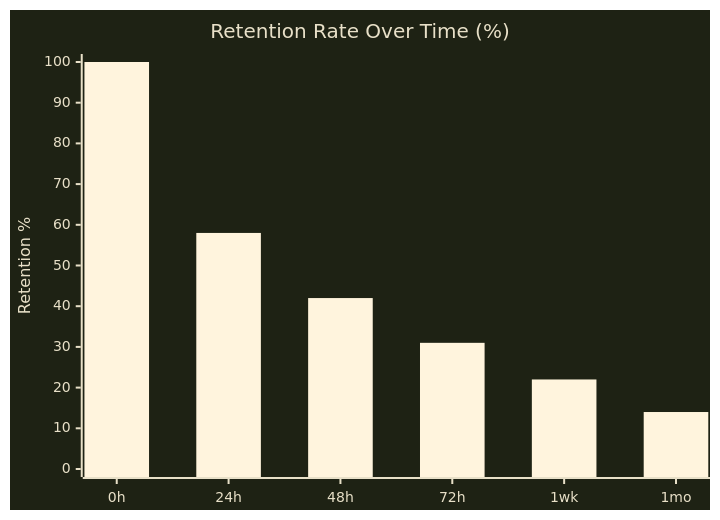
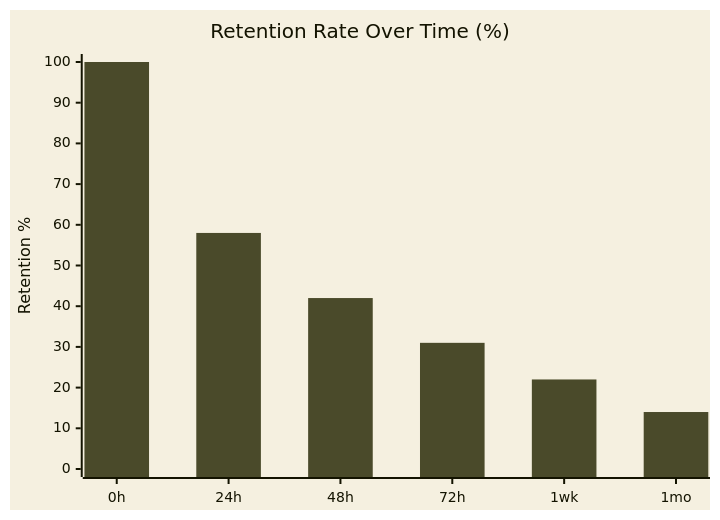
The third of 3 diagrams in example.md (pjdoland/slidev-theme-field-manual), drawn with Mermaid before and after one commit. The commit also changed other lines of this file and 33 other files, not shown here.

First line of the commit message:
rename FM 21→24; restore light mermaid palette; cover/section polish; update README

````diff
--- a/example.md
+++ b/example.md
@@ -874,8 +901,8 @@
 ```mermaid
-%%{init: {'theme': 'base', 'xyChart': {'useMaxWidth': true, 'backgroundColor': '#1e2214', 'plotColorPalette': '#8a7a50'}, 'themeVariables': {'primaryTextColor': '#e8e0c8', 'background': '#1e2214'}}}%%
+%%{init: {'theme': 'base', 'xyChart': {'useMaxWidth': true, 'backgroundColor': '#f5f0e0', 'plotColorPalette': '#4a4a2a'}, 'themeVariables': {'xyChart': {'backgroundColor': '#f5f0e0', 'plotColorPalette': '#4a4a2a'}}}}%%
 xychart-beta
     title "Retention Rate Over Time (%)"
     x-axis ["0h", "24h", "48h", "72h", "1wk", "1mo"]
     y-axis "Retention %" 0 --> 100
     bar [100, 58, 42, 31, 22, 14]
 ```
````
